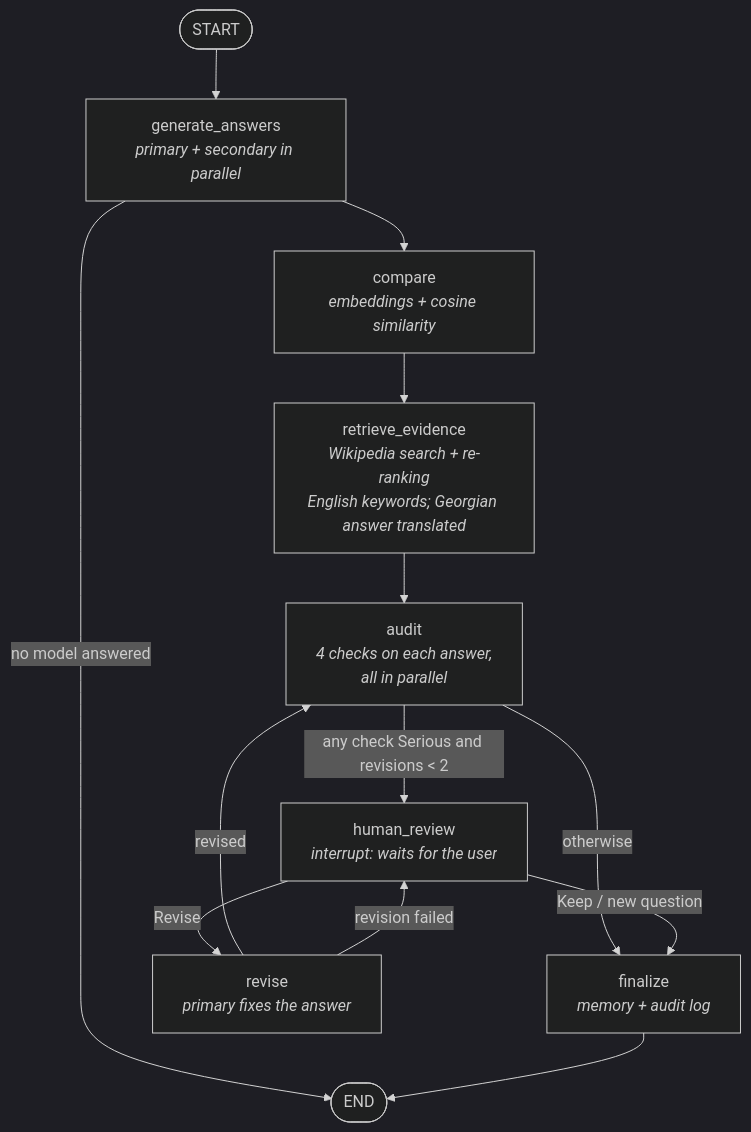
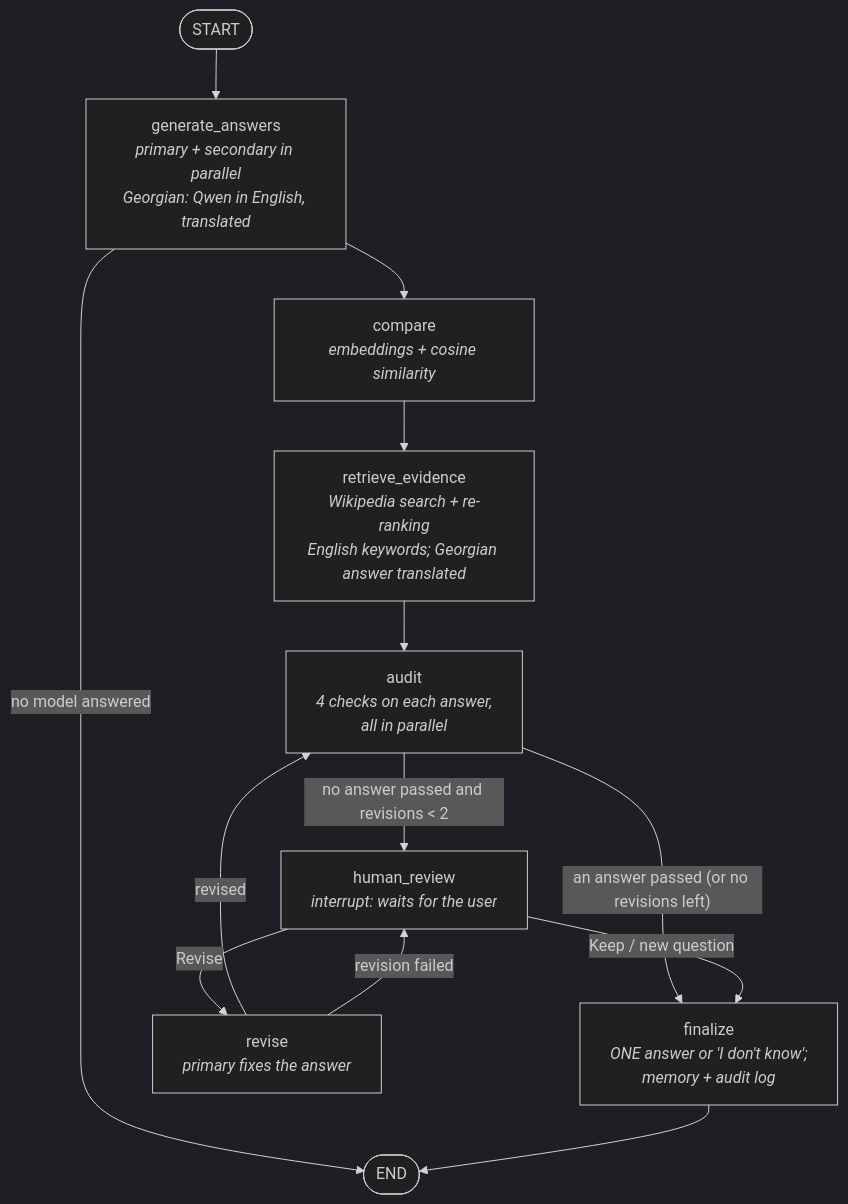
The diagram in README.md (tamarkilasonia/VerdictAI), drawn with Mermaid (dark theme) before and after one commit. The commit also changed other lines of this file and 7 other files, not shown here.

First line of the commit message:
Show one fact-checked answer, or say "I don't know"

````diff
--- a/README.md
+++ b/README.md
@@ -64,15 +73,15 @@
 ```mermaid
 flowchart TD
-    S([START]) --> G[generate_answers<br/><i>primary + secondary in parallel</i>]
+    S([START]) --> G[generate_answers<br/><i>primary + secondary in parallel<br/>Georgian: Qwen in English, translated</i>]
     G -->|no model answered| E([END])
     G --> C[compare<br/><i>embeddings + cosine similarity</i>]
     C --> R[retrieve_evidence<br/><i>Wikipedia search + re-ranking<br/>English keywords; Georgian answer translated</i>]
     R --> A[audit<br/><i>4 checks on each answer,<br/>all in parallel</i>]
-    A -->|"any check Serious and revisions < 2"| H[human_review<br/><i>interrupt: waits for the user</i>]
-    A -->|otherwise| F[finalize<br/><i>memory + audit log</i>]
+    A -->|"no answer passed and revisions < 2"| H[human_review<br/><i>interrupt: waits for the user</i>]
+    A -->|"an answer passed (or no revisions left)"| F[finalize<br/><i>ONE answer or 'I don't know';<br/>memory + audit log</i>]
     H -->|Revise| V[revise<br/><i>primary fixes the answer</i>]
     H -->|Keep / new question| F
     V -->|revised| A
     V -->|revision failed| H
     F --> E
 ```
````
